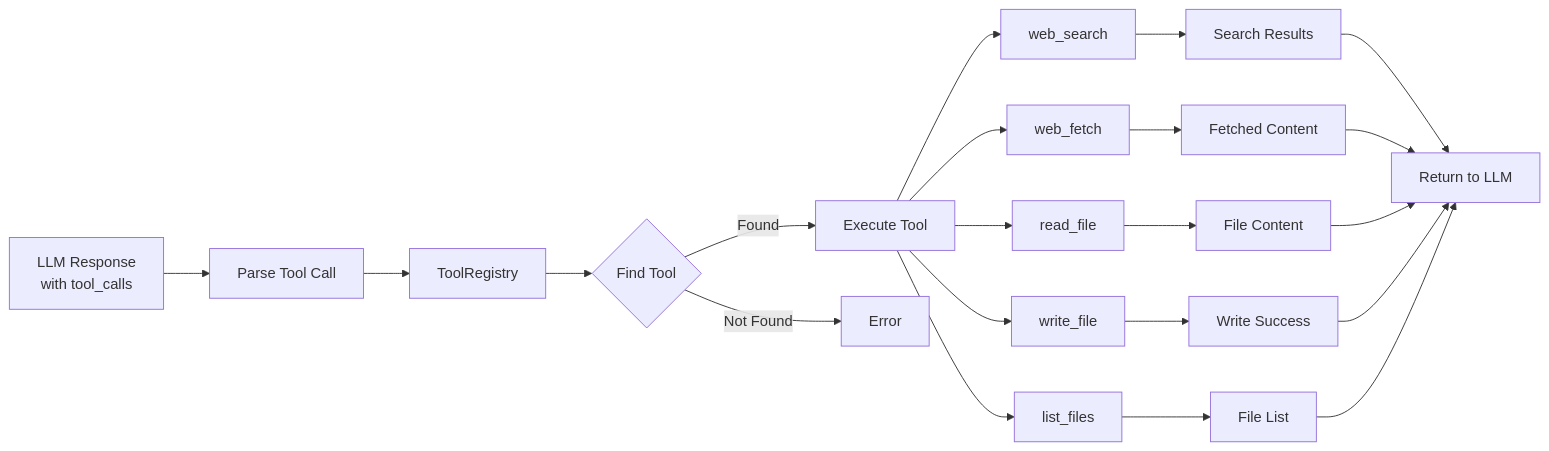
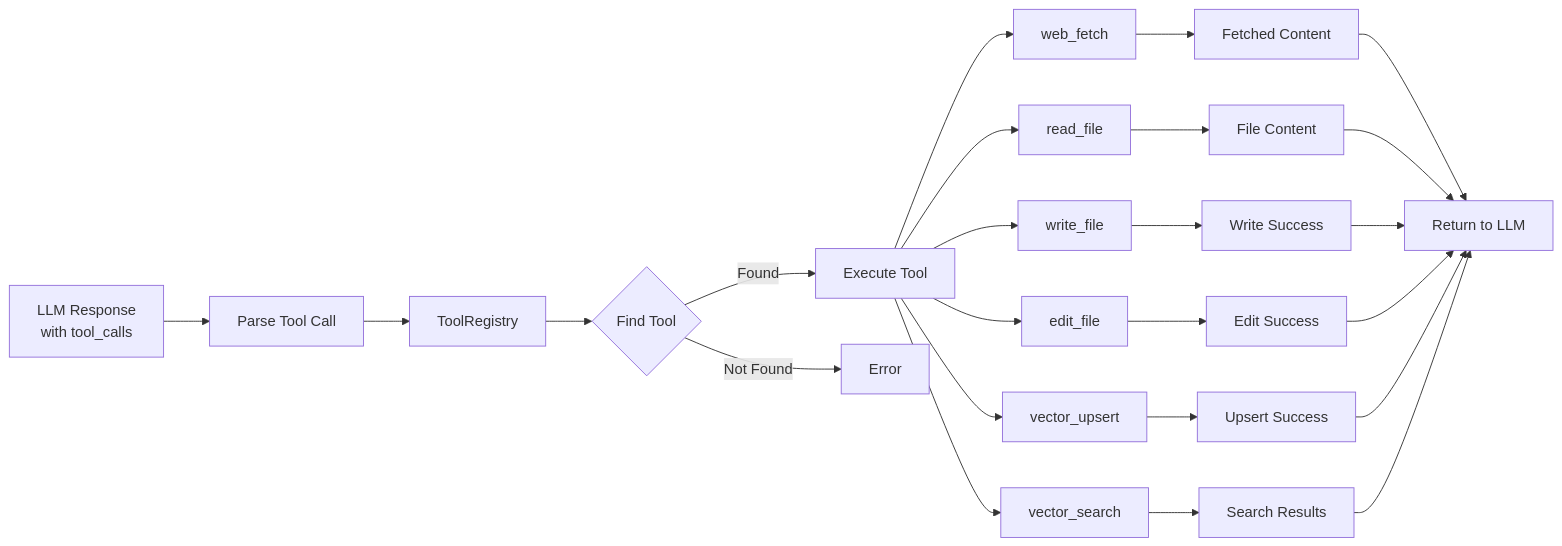
The eighth of 10 diagrams in .opencode/skills/app-logic/SKILL.md (satibot/satibot), drawn with Mermaid before and after one commit. The commit also changed other lines of this file and 3 other files, not shown here.

First line of the commit message:
docs: update app-logic skill diagrams with WhatsApp, Gateway, automation services, and enhanced agent execution flow

````diff
--- a/.opencode/skills/app-logic/SKILL.md
+++ b/.opencode/skills/app-logic/SKILL.md
@@ -220,26 +239,29 @@
 ```mermaid
 flowchart LR
     LLM[LLM Response<br/>with tool_calls] --> Parse[Parse Tool Call]
     Parse --> Registry[ToolRegistry]
     Registry --> Find{Find Tool}
     Find -->|Found| Execute[Execute Tool]
     Find -->|Not Found| Error[Error]
     
-    Execute --> web_search[web_search]
     Execute --> web_fetch[web_fetch]
     Execute --> read_file[read_file]
     Execute --> write_file[write_file]
-    Execute --> list_files[list_files]
+    Execute --> edit_file[edit_file]
+    Execute --> vector_upsert[vector_upsert]
+    Execute --> vector_search[vector_search]
     
-    web_search --> Result1[Search Results]
-    web_fetch --> Result2[Fetched Content]
-    read_file --> Result3[File Content]
-    write_file --> Result4[Write Success]
-    list_files --> Result5[File List]
+    web_fetch --> Result1[Fetched Content]
+    read_file --> Result2[File Content]
+    write_file --> Result3[Write Success]
+    edit_file --> Result4[Edit Success]
+    vector_upsert --> Result5[Upsert Success]
+    vector_search --> Result6[Search Results]
     
     Result1 --> Return[Return to LLM]
     Result2 --> Return
     Result3 --> Return
     Result4 --> Return
     Result5 --> Return
+    Result6 --> Return
 ```
````
